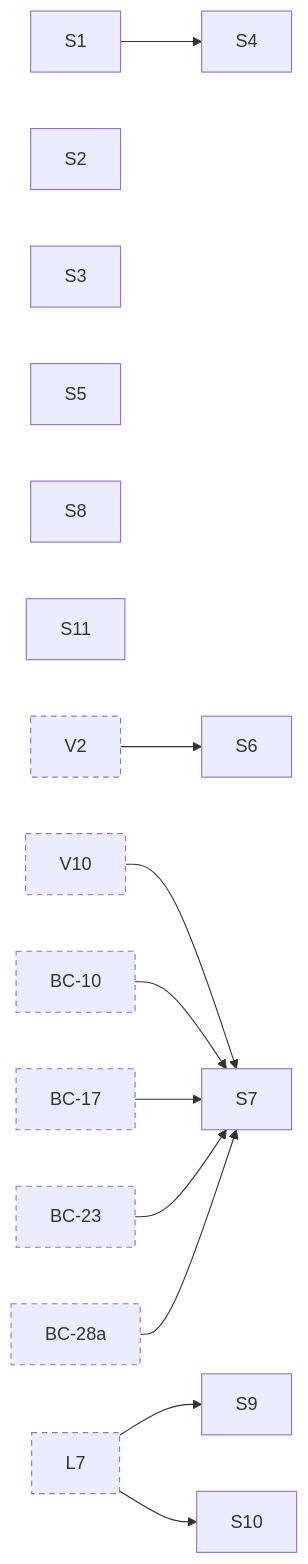
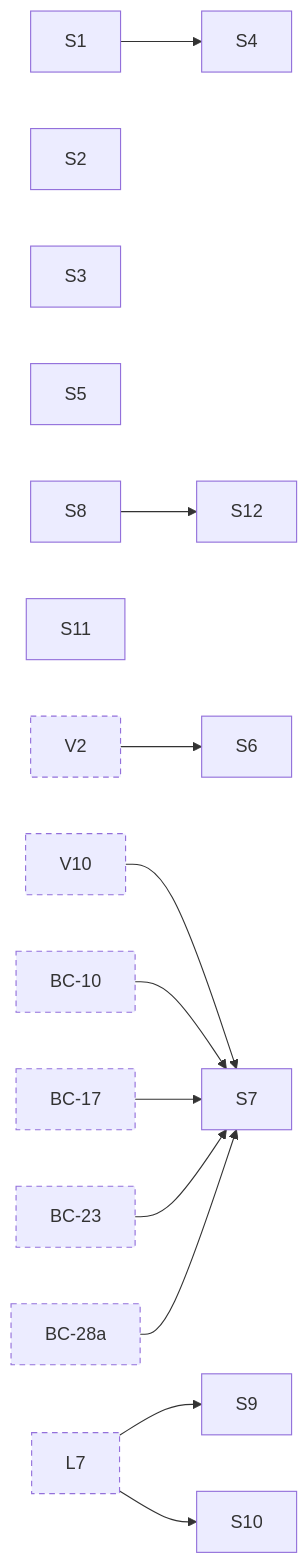
The second of 11 diagrams in docs/superpowers/plans/2026-10-13-phase-2/dependencies.md (jhoblitt/rgw-go), drawn with Mermaid before and after one commit. The commit also changed other lines of this file and 1 other file, not shown here.

Commit message:
docs(plan): add shared task S12 from S8's adversarial review
PutObject, CreateMultipartUpload, CopyObject's destination and the POST
upload authorize the ACL and tags they set as s3:PutObject alone, on
radosgw at both floors and on rgw-go, where Amazon S3's PutObject
reference also requires s3:PutObjectAcl and s3:PutObjectTagging. S12
takes Amazon S3's rule for each of the four operations, as rgw-go's
CreateBucket already authorizes its ACL headers as s3:PutBucketAcl too.
It waits for S8, whose registry entry it updates.

````diff
--- a/docs/superpowers/plans/2026-10-13-phase-2/dependencies.md
+++ b/docs/superpowers/plans/2026-10-13-phase-2/dependencies.md
@@ -55,49 +55,52 @@
 ```mermaid
 flowchart LR
   t_S1["S1"]
   t_S2["S2"]
   t_S3["S3"]
   t_S4["S4"]
   t_S5["S5"]
   t_S6["S6"]
   t_S7["S7"]
   t_S8["S8"]
   t_S9["S9"]
   t_S10["S10"]
   t_S11["S11"]
+  t_S12["S12"]
   t_V2["V2"]:::ext
   t_V10["V10"]:::ext
   t_BC_10["BC-10"]:::ext
   t_BC_17["BC-17"]:::ext
   t_BC_23["BC-23"]:::ext
   t_BC_28a["BC-28a"]:::ext
   t_L7["L7"]:::ext
   t_S1 --> t_S4
   t_V2 --> t_S6
   t_V10 --> t_S7
   t_BC_10 --> t_S7
   t_BC_17 --> t_S7
   t_BC_23 --> t_S7
   t_BC_28a --> t_S7
   t_L7 --> t_S9
   t_L7 --> t_S10
+  t_S8 --> t_S12
   click t_S1 href "https://github.com/jhoblitt/rgw-go/blob/main/docs/superpowers/plans/2026-10-13-phase-2/00-index.md#task-s1-fakeradoss-rgw-class-as-method-tables" "S1: fakerados's rgw class as method tables"
   click t_S2 href "https://github.com/jhoblitt/rgw-go/blob/main/docs/superpowers/plans/2026-10-13-phase-2/00-index.md#task-s2-route-sets-per-feature-and-the-env-slots" "S2: route sets per feature and the Env slots"
   click t_S3 href "https://github.com/jhoblitt/rgw-go/blob/main/docs/superpowers/plans/2026-10-13-phase-2/00-index.md#task-s3-one-aws-correct-ispublic" "S3: one AWS-correct IsPublic"
   click t_S4 href "https://github.com/jhoblitt/rgw-go/blob/main/docs/superpowers/plans/2026-10-13-phase-2/00-index.md#task-s4-fakerados-refuses-an-unregistered-class-method-at-op-setup" "S4: fakerados refuses an unregistered class method at op setup"
   click t_S5 href "https://github.com/jhoblitt/rgw-go/blob/main/docs/superpowers/plans/2026-10-13-phase-2/00-index.md#task-s5-ignorepublicacls-ignores-swifts-public-container-grants" "S5: IgnorePublicAcls ignores Swift's public container grants"
   click t_S6 href "https://github.com/jhoblitt/rgw-go/blob/main/docs/superpowers/plans/2026-10-13-phase-2/00-index.md#task-s6-one-choose_from" "S6: one choose_from"
   click t_S7 href "https://github.com/jhoblitt/rgw-go/blob/main/docs/superpowers/plans/2026-10-13-phase-2/00-index.md#task-s7-one-schema-scanner-for-s3-xml-request-bodies" "S7: one schema scanner for S3 XML request bodies"
   click t_S8 href "https://github.com/jhoblitt/rgw-go/blob/main/docs/superpowers/plans/2026-10-13-phase-2/00-index.md#task-s8-a-deny-that-names-notaction-refuses-every-action-it-does-not-name" "S8: a Deny that names NotAction refuses every action it does not name"
   click t_S9 href "https://github.com/jhoblitt/rgw-go/blob/main/docs/superpowers/plans/2026-10-13-phase-2/00-index.md#task-s9-a-denys-condition-holds-where-amazon-s3s-or-radosgws-evaluation-holds" "S9: a Deny's condition holds where Amazon S3's or radosgw's evaluation holds"
   click t_S10 href "https://github.com/jhoblitt/rgw-go/blob/main/docs/superpowers/plans/2026-10-13-phase-2/00-index.md#task-s10-a-denys-condition-key-names-match-without-regard-to-case" "S10: a Deny's condition key names match without regard to case"
   click t_S11 href "https://github.com/jhoblitt/rgw-go/blob/main/docs/superpowers/plans/2026-10-13-phase-2/00-index.md#task-s11-a-bound-on-an-xml-request-bodys-elements-and-depth" "S11: a bound on an XML request body's elements and depth"
+  click t_S12 href "https://github.com/jhoblitt/rgw-go/blob/main/docs/superpowers/plans/2026-10-13-phase-2/00-index.md#task-s12-the-object-writes-authorize-the-acl-and-tags-they-set-as-amazon-s3-does" "S12: the object writes authorize the ACL and tags they set as Amazon S3 does"
   click t_V2 href "https://github.com/jhoblitt/rgw-go/blob/main/docs/superpowers/plans/2026-10-13-phase-2/V-versioning.md#task-v2-meta-olh-head-types-and-bucket-helpers" "V2: meta OLH head types and bucket helpers"
   click t_V10 href "https://github.com/jhoblitt/rgw-go/blob/main/docs/superpowers/plans/2026-10-13-phase-2/V-versioning.md#task-v10-op-and-s3-putbucketversioning-and-getbucketversioning" "V10: op and s3, PutBucketVersioning and GetBucketVersioning"
   click t_BC_10 href "https://github.com/jhoblitt/rgw-go/blob/main/docs/superpowers/plans/2026-10-13-phase-2/B-bucket-config.md#task-bc-10-website-semantics-and-xml" "BC-10: Website semantics and XML"
   click t_BC_17 href "https://github.com/jhoblitt/rgw-go/blob/main/docs/superpowers/plans/2026-10-13-phase-2/B-bucket-config.md#task-bc-17-block-xml" "BC-17: Block XML"
   click t_BC_23 href "https://github.com/jhoblitt/rgw-go/blob/main/docs/superpowers/plans/2026-10-13-phase-2/B-bucket-config.md#task-bc-23-encryption-configuration-type" "BC-23: Encryption configuration type"
   click t_BC_28a href "https://github.com/jhoblitt/rgw-go/blob/main/docs/superpowers/plans/2026-10-13-phase-2/B-bucket-config.md#task-bc-28a-ownership-type" "BC-28a: Ownership type"
   click t_L7 href "https://github.com/jhoblitt/rgw-go/blob/main/docs/superpowers/plans/2026-10-13-phase-2/L-object-lock.md#task-l7-a-policys-object-lock-condition-keys-constrain-the-lock-a-request-sets" "L7: a policy's object-lock condition keys constrain the lock a request sets"
   classDef ext stroke-dasharray: 5 4
 ```
````
